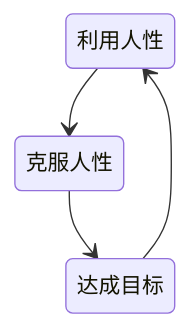
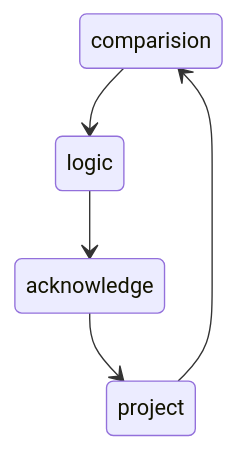
One commit to 0xcaffebabe/note changed the fifth of 5 diagrams in doc/个人成长/学习方法论.md. Above: the diagram before and after it, drawn with Mermaid. The commit also changed other lines of this file and 2 other files, not shown here.

````diff
--- a/doc/个人成长/学习方法论.md
+++ b/doc/个人成长/学习方法论.md
@@ -7,6 +284,7 @@
 ```mermaid
 stateDiagram-v2
-  利用人性 --> 克服人性
-  克服人性 --> 达成目标
-  达成目标 --> 利用人性
+  comparision --> logic
+  logic --> acknowledge
+  acknowledge --> project
+  project --> comparision
 ```
````
